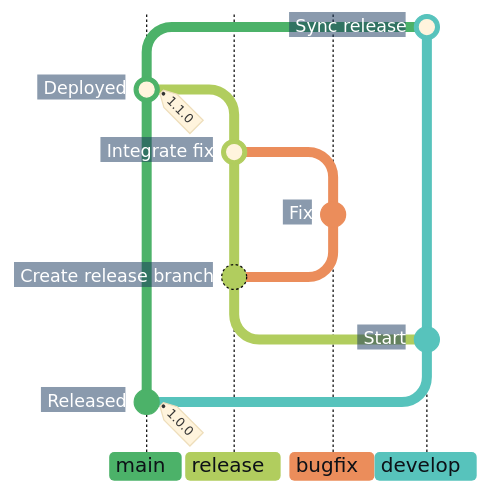
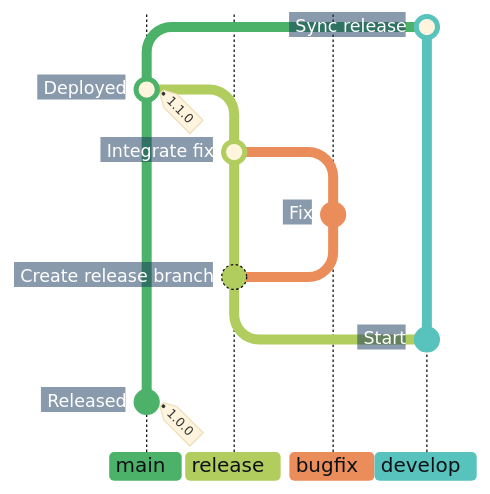
Before and after one commit to superhero/operations.superduper.solutions: the second of 5 diagrams in docs/adr/cicd.md, drawn with Mermaid.

Commit message:
docs: omit develop ancestry from the stabilization graph

````diff
--- a/docs/adr/cicd.md
+++ b/docs/adr/cicd.md
@@ -60,24 +60,26 @@
 ```mermaid
 %%{init: {"theme": "base", "themeCSS": "line.branch { stroke: #8B949E; stroke-width: 1px; stroke-dasharray: 1 4; stroke-linecap: round; } .branchLabel, .tag-label { font-weight: 700; } .tag-label-bkg, .commit-label-bkg { opacity: 0.9; } .tag-label-bkg { fill: #B8E6C4; stroke: #8ED3A2; } .branchLabelBkg { opacity: 1; clip-path: inset(0 8px 0 0 round 4px) fill-box; } .commit-labels g:nth-last-of-type(-n+2) { visibility: hidden; } .commit-labels g { transform-box: fill-box; transform-origin: calc(100% + 17px) calc(50% + 2px); transform: rotate(-10deg); } .commit-label { font-weight: 700; transform: translateX(-8px); } .commit-label-bkg { stroke: #17365D; stroke-width: 20px; transform: translateX(-5px); clip-path: polygon(-4px -4px, calc(100% + 4px) -4px, calc(100% + 10px) 50%, calc(100% + 4px) calc(100% + 4px), -4px calc(100% + 4px)) fill-box; } .commit.branch { stroke: #B1CD5E; stroke-dasharray: none; }", "gitGraph": {"showCommitLabel": true, "rotateCommitLabel": false}, "themeVariables": {
     "commitLabelFontSize": "14px", "commitLabelColor": "#FFFFFF", "commitLabelBackground": "#17365D",
     "git0": "#4CB269", "gitBranchLabel0": "#0D1117",
     "git1": "#B1CD5E", "gitBranchLabel1": "#0D1117",
     "git2": "#EB8D5B", "gitBranchLabel2": "#0D1117",
     "git3": "#57C3BC", "gitBranchLabel3": "#0D1117"
 }}}%%
 gitGraph BT:
-    %% Hide the two initial notes while retaining their branch connections.
+    %% Show existing main and develop lanes with earlier ancestry and initial notes omitted.
+    branch develop order: 3
+    checkout main
     commit id: "Released" tag: "1.0.0"
-    branch develop order: 3
+    checkout develop
     commit id: "Start"
     branch release order: 1
     commit id: "Create release branch"
     branch bugfix order: 2
     commit id: "Fix"
     checkout release
     merge bugfix id: "Integrate fix"
     checkout main
     merge release id: "Deployed" tag: "1.1.0"
     checkout develop
     merge main id: "Sync release"
 ```
````
